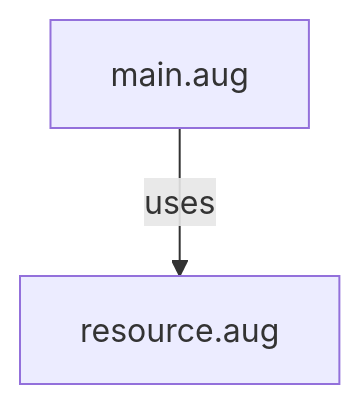
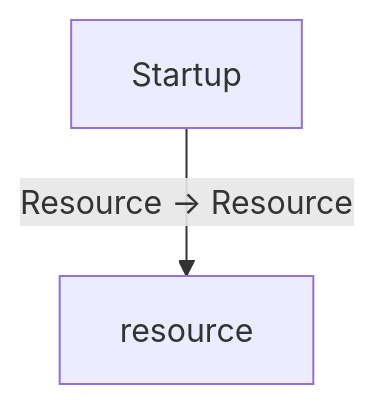
Before and after one commit to GreenPandaStudios/augscript: the diagram in docs/examples/drop/diagrams/index.md, drawn with Mermaid. The commit also changed other lines of this file and 524 other files, not shown here.

Commit message:
Explain checked data flow at folder and service levels

````diff
--- a/docs/examples/drop/diagrams/index.md
+++ b/docs/examples/drop/diagrams/index.md
@@ -29,6 +19,6 @@
 ```mermaid
 flowchart TD
-    n0["main.aug"]
-    n1["resource.aug"]
-    n0 -->|"uses"| n1
+    n0["Startup"]
+    n1["resource"]
+    n0 -->|"Resource → Resource"| n1
 ```
````
